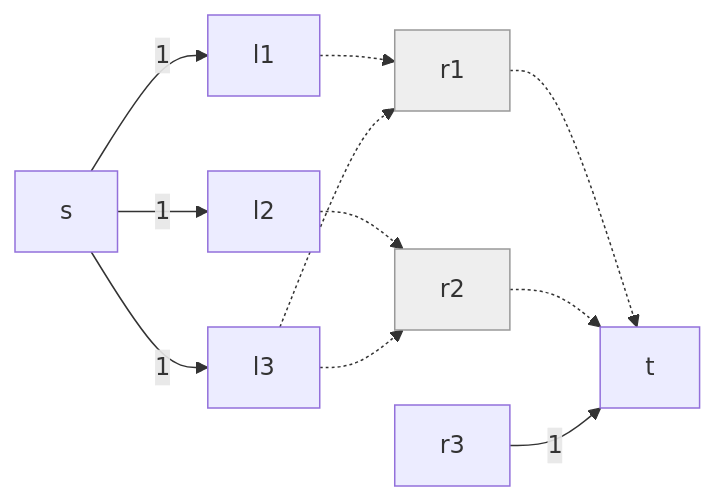
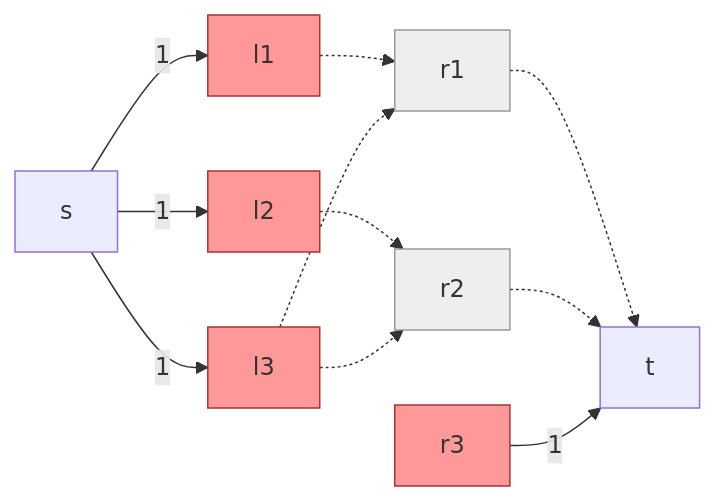
The fourth of 4 diagrams in docs/flow/bipartite.md (fstqwq/AI2615), drawn with Mermaid before and after one commit.

Commit message:
fix flow/bipartite.md the flow chart color

````diff
--- a/docs/flow/bipartite.md
+++ b/docs/flow/bipartite.md
@@ -117,19 +117,20 @@
 ```mermaid
 graph LR
     direction LR
     s
-    l1
-    l2
-    l3
+    l1:::concern
+    l2:::concern
+    l3:::concern
     r1:::notcalc
     r2:::notcalc
-    r3
+    r3:::concern
     t
     s -->|1| l1 & l2 & l3
     r1 & r2 -.-> t
     r3 -->|1| t
     l1 -.-> r1
     l2 -.-> r2
     l3 -.-> r1 & r2
     classDef notcalc fill:#eee,stroke:#999
+    classDef concern fill:#f99,stroke:#a33
 ```
````
